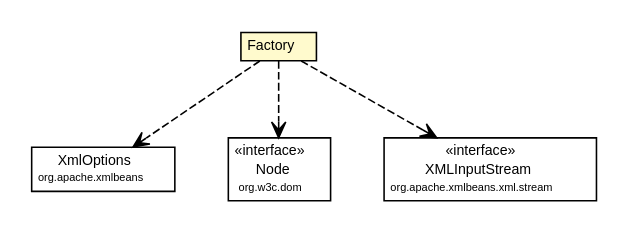
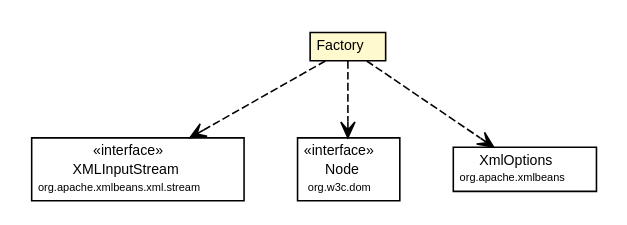
Before and after one commit to synchronoss/cpo-api: the diagram in site/apidocs/org/synchronoss/cpo/core/cpoCoreConfig/CtMetaDescriptor.Factory.dot, drawn with Graphviz. The commit also changed 991 other files, not shown here.

```diff
--- a/site/apidocs/org/synchronoss/cpo/core/cpoCoreConfig/CtMetaDescriptor.Factory.dot
+++ b/site/apidocs/org/synchronoss/cpo/core/cpoCoreConfig/CtMetaDescriptor.Factory.dot
@@ -1,45 +1,45 @@
 #!/usr/local/bin/dot
 #
 # Class diagram 
 # Generated by UmlGraph version 4.6 (http://www.spinellis.gr/sw/umlgraph)
 #
 
 digraph G {
 	edge [fontname="Helvetica",fontsize=10,labelfontname="Helvetica",labelfontsize=10];
 	node [fontname="Helvetica",fontsize=10,shape=plaintext];
 	// org.synchronoss.cpo.core.cpoCoreConfig.CtMetaDescriptor.Factory
 	c28538 [label=<<table border="0" cellborder="1" cellspacing="0" cellpadding="2" port="p" bgcolor="lemonChiffon" href="./CtMetaDescriptor.Factory.html">
 		<tr><td><table border="0" cellspacing="0" cellpadding="1">
 			<tr><td> Factory </td></tr>
 		</table></td></tr>
 		</table>>, fontname="Helvetica", fontcolor="black", fontsize=9.0];
-	// org.synchronoss.cpo.core.cpoCoreConfig.CtMetaDescriptor.Factory DEPEND org.apache.xmlbeans.XmlOptions
+	// org.synchronoss.cpo.core.cpoCoreConfig.CtMetaDescriptor.Factory DEPEND org.apache.xmlbeans.xml.stream.XMLInputStream
 	c28538:p -> c28657:p [taillabel="", label="", headlabel="", fontname="Helvetica", fontcolor="black", fontsize=10.0, color="black", arrowhead=open, style=dashed];
 	// org.synchronoss.cpo.core.cpoCoreConfig.CtMetaDescriptor.Factory DEPEND org.w3c.dom.Node
 	c28538:p -> c28658:p [taillabel="", label="", headlabel="", fontname="Helvetica", fontcolor="black", fontsize=10.0, color="black", arrowhead=open, style=dashed];
-	// org.synchronoss.cpo.core.cpoCoreConfig.CtMetaDescriptor.Factory DEPEND org.apache.xmlbeans.xml.stream.XMLInputStream
+	// org.synchronoss.cpo.core.cpoCoreConfig.CtMetaDescriptor.Factory DEPEND org.apache.xmlbeans.XmlOptions
 	c28538:p -> c28659:p [taillabel="", label="", headlabel="", fontname="Helvetica", fontcolor="black", fontsize=10.0, color="black", arrowhead=open, style=dashed];
 	// org.apache.xmlbeans.xml.stream.XMLInputStream
-	c28659 [label=<<table border="0" cellborder="1" cellspacing="0" cellpadding="2" port="p" href="http://java.sun.com/j2se/1.4.2/docs/api/org/apache/xmlbeans/xml/stream/XMLInputStream.html">
+	c28657 [label=<<table border="0" cellborder="1" cellspacing="0" cellpadding="2" port="p" href="http://java.sun.com/j2se/1.4.2/docs/api/org/apache/xmlbeans/xml/stream/XMLInputStream.html">
 		<tr><td><table border="0" cellspacing="0" cellpadding="1">
 			<tr><td> &laquo;interface&raquo; </td></tr>
 			<tr><td> XMLInputStream </td></tr>
 			<tr><td><font point-size="7.0"> org.apache.xmlbeans.xml.stream </font></td></tr>
 		</table></td></tr>
 		</table>>, fontname="Helvetica", fontcolor="black", fontsize=9.0];
 	// org.apache.xmlbeans.XmlOptions
-	c28657 [label=<<table border="0" cellborder="1" cellspacing="0" cellpadding="2" port="p" href="http://java.sun.com/j2se/1.4.2/docs/api/org/apache/xmlbeans/XmlOptions.html">
+	c28659 [label=<<table border="0" cellborder="1" cellspacing="0" cellpadding="2" port="p" href="http://java.sun.com/j2se/1.4.2/docs/api/org/apache/xmlbeans/XmlOptions.html">
 		<tr><td><table border="0" cellspacing="0" cellpadding="1">
 			<tr><td> XmlOptions </td></tr>
 			<tr><td><font point-size="7.0"> org.apache.xmlbeans </font></td></tr>
 		</table></td></tr>
 		</table>>, fontname="Helvetica", fontcolor="black", fontsize=9.0];
 	// org.w3c.dom.Node
 	c28658 [label=<<table border="0" cellborder="1" cellspacing="0" cellpadding="2" port="p" href="http://java.sun.com/j2se/1.4.2/docs/api/org/w3c/dom/Node.html">
 		<tr><td><table border="0" cellspacing="0" cellpadding="1">
 			<tr><td> &laquo;interface&raquo; </td></tr>
 			<tr><td> Node </td></tr>
 			<tr><td><font point-size="7.0"> org.w3c.dom </font></td></tr>
 		</table></td></tr>
 		</table>>, fontname="Helvetica", fontcolor="black", fontsize=9.0];
 }
```
